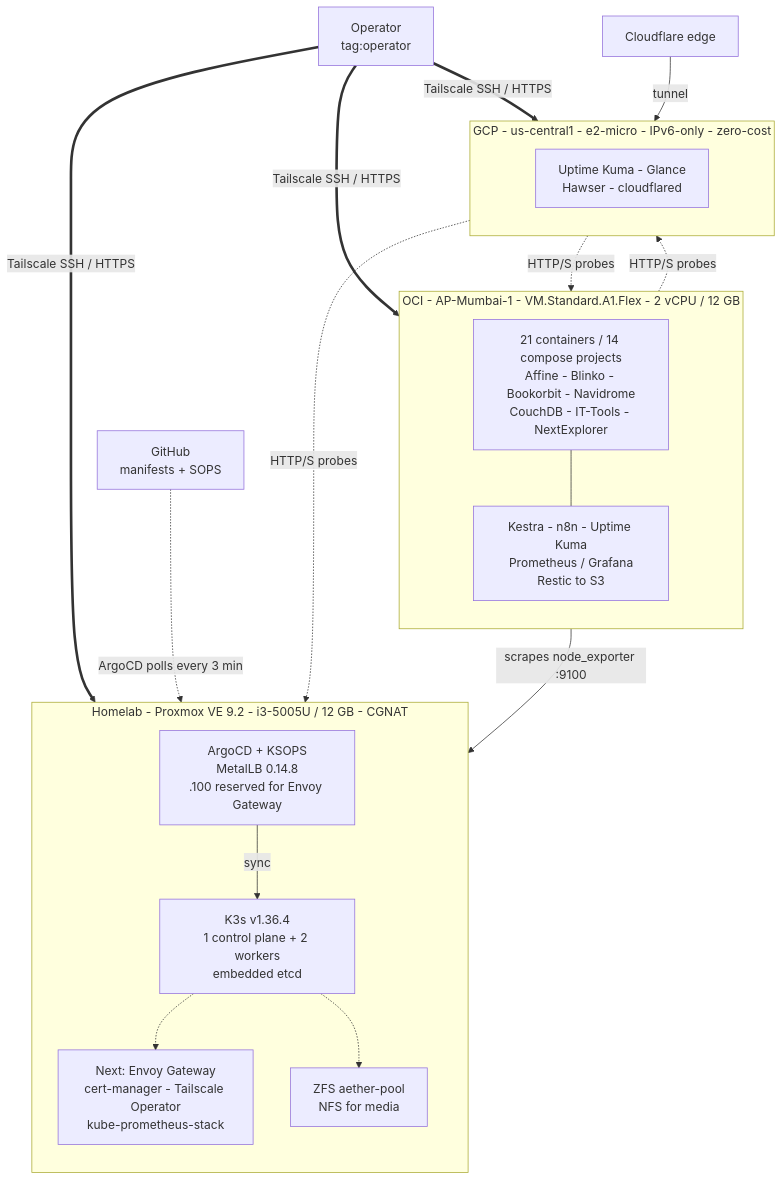
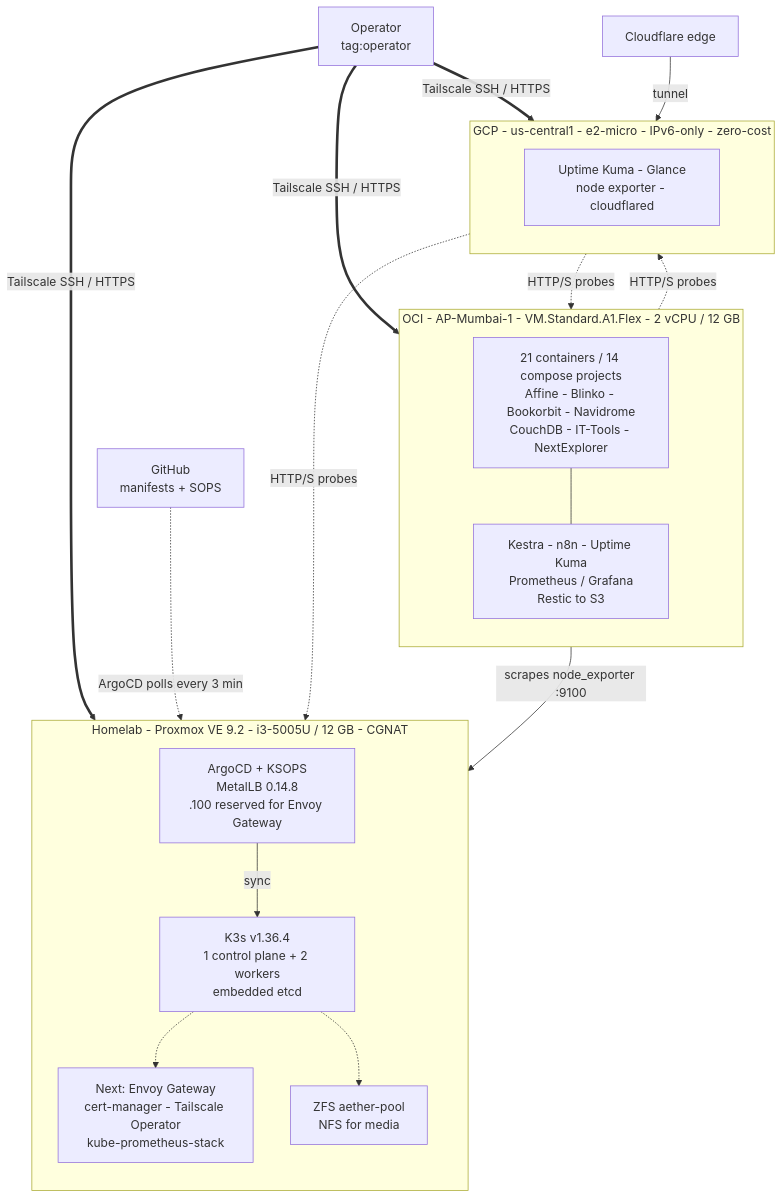
Before and after one commit to ChetanThapliyal/Project-Aether: the diagram in README.md, drawn with Mermaid. The commit also changed other lines of this file and 8 other files, not shown here.

Commit message:
feat(dmz): remove the Hawser Docker agent from the edge host, drop its tailnet grant with a deny test, pin cloudflared by digest (FND-22)

````diff
--- a/README.md
+++ b/README.md
@@ -56,39 +56,39 @@
 ```mermaid
 flowchart TB
     GH["GitHub<br/>manifests + SOPS"]
     OP["Operator<br/>tag:operator"]
     CF["Cloudflare edge"]
 
     subgraph HOME [Homelab - Proxmox VE 9.2 - i3-5005U / 12 GB - CGNAT]
         direction TB
         K3S["K3s v1.36.4<br/>1 control plane + 2 workers<br/>embedded etcd"]
         PLAT["ArgoCD + KSOPS<br/>MetalLB 0.14.8<br/>.100 reserved for Envoy Gateway"]
         NEXT["Next: Envoy Gateway<br/>cert-manager - Tailscale Operator<br/>kube-prometheus-stack"]
         ZFS["ZFS aether-pool<br/>NFS for media"]
         PLAT -->|"sync"| K3S
         K3S -.-> NEXT
         K3S -.-> ZFS
     end
 
     subgraph OCI [OCI - AP-Mumbai-1 - VM.Standard.A1.Flex - 2 vCPU / 12 GB]
         direction TB
         APPS["21 containers / 14 compose projects<br/>Affine - Blinko - Bookorbit - Navidrome<br/>CouchDB - IT-Tools - NextExplorer"]
         OPS["Kestra - n8n - Uptime Kuma<br/>Prometheus / Grafana<br/>Restic to S3"]
         APPS --- OPS
     end
 
     subgraph GCP [GCP - us-central1 - e2-micro - IPv6-only - zero-cost]
         direction TB
-        DMZ["Uptime Kuma - Glance<br/>Hawser - cloudflared"]
+        DMZ["Uptime Kuma - Glance<br/>node exporter - cloudflared"]
     end
 
     OP ==>|"Tailscale SSH / HTTPS"| K3S
     OP ==>|"Tailscale SSH / HTTPS"| APPS
     OP ==>|"Tailscale SSH / HTTPS"| DMZ
     GH -.->|"ArgoCD polls every 3 min"| PLAT
     CF -->|"tunnel"| DMZ
     DMZ -.->|"HTTP/S probes"| K3S
     DMZ -.->|"HTTP/S probes"| APPS
     OPS -.->|"HTTP/S probes"| DMZ
     OPS -->|"scrapes node_exporter :9100"| K3S
 ```
````
